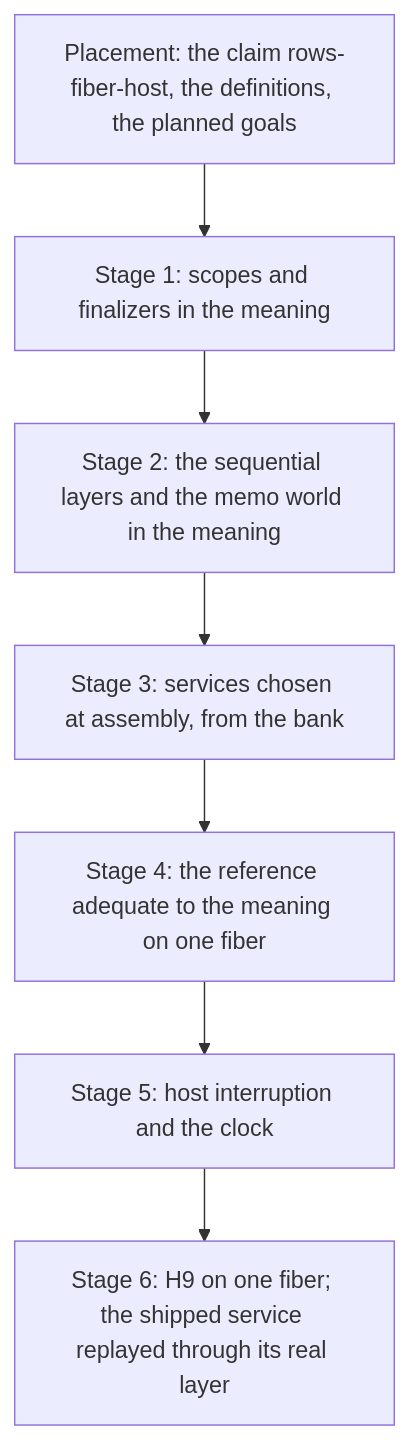
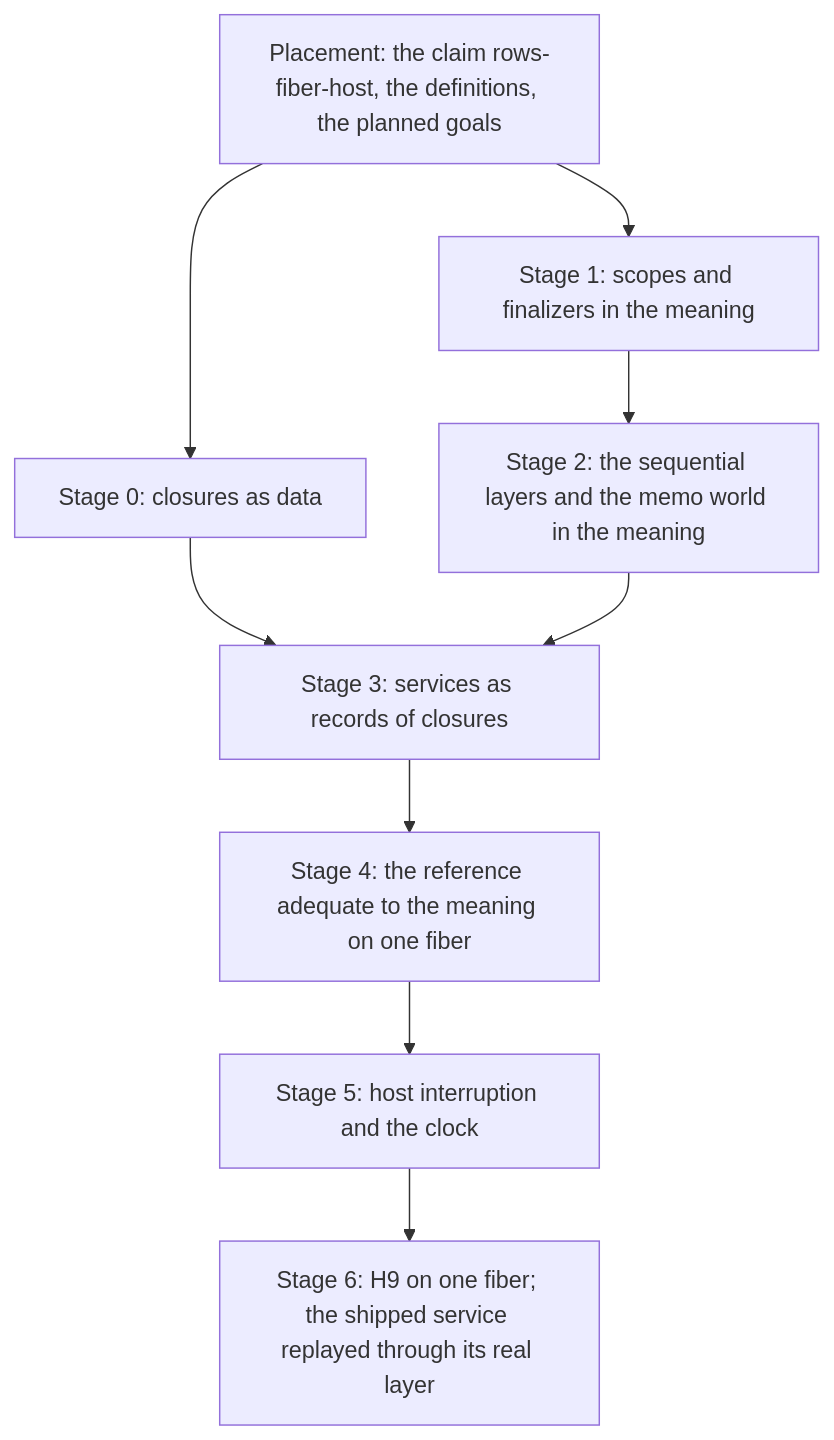
One commit to pure-algebra/lean4-effect4 changed the diagram in docs/research/2026-10-14-one-fiber-scout.md. Above: the diagram before and after it, drawn with Mermaid. The commit also changed other lines of this file and 1 other file, not shown here.

Commit message:
decisions row 381: services as records of closures held as data, claims as Lean from templates, Eff run anywhere by OCaml and WASM; SCOPE-1's stage 0 restored

````diff
--- a/docs/research/2026-10-14-one-fiber-scout.md
+++ b/docs/research/2026-10-14-one-fiber-scout.md
@@ -99,16 +101,19 @@
 ```mermaid
 flowchart TD
   P["Placement: the claim rows-fiber-host, the definitions, the planned goals"]
   S1["Stage 1: scopes and finalizers in the meaning"]
   S2["Stage 2: the sequential layers and the memo world in the meaning"]
-  S3["Stage 3: services chosen at assembly, from the bank"]
+  S0["Stage 0: closures as data"]
+  S3["Stage 3: services as records of closures"]
   S4["Stage 4: the reference adequate to the meaning on one fiber"]
   S5["Stage 5: host interruption and the clock"]
   S6["Stage 6: H9 on one fiber; the shipped service replayed through its real layer"]
+  P --> S0
   P --> S1
+  S0 --> S3
   S1 --> S2
   S2 --> S3
   S3 --> S4
   S4 --> S5
   S5 --> S6
 ```
````
